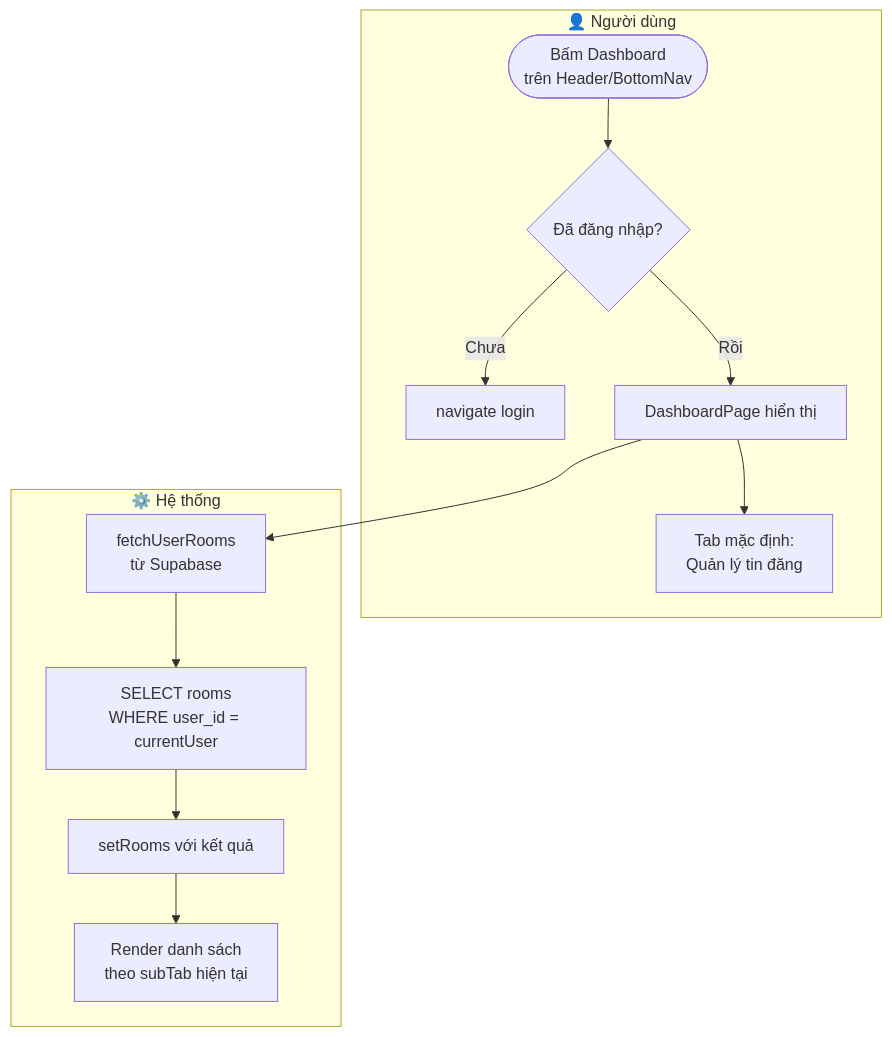
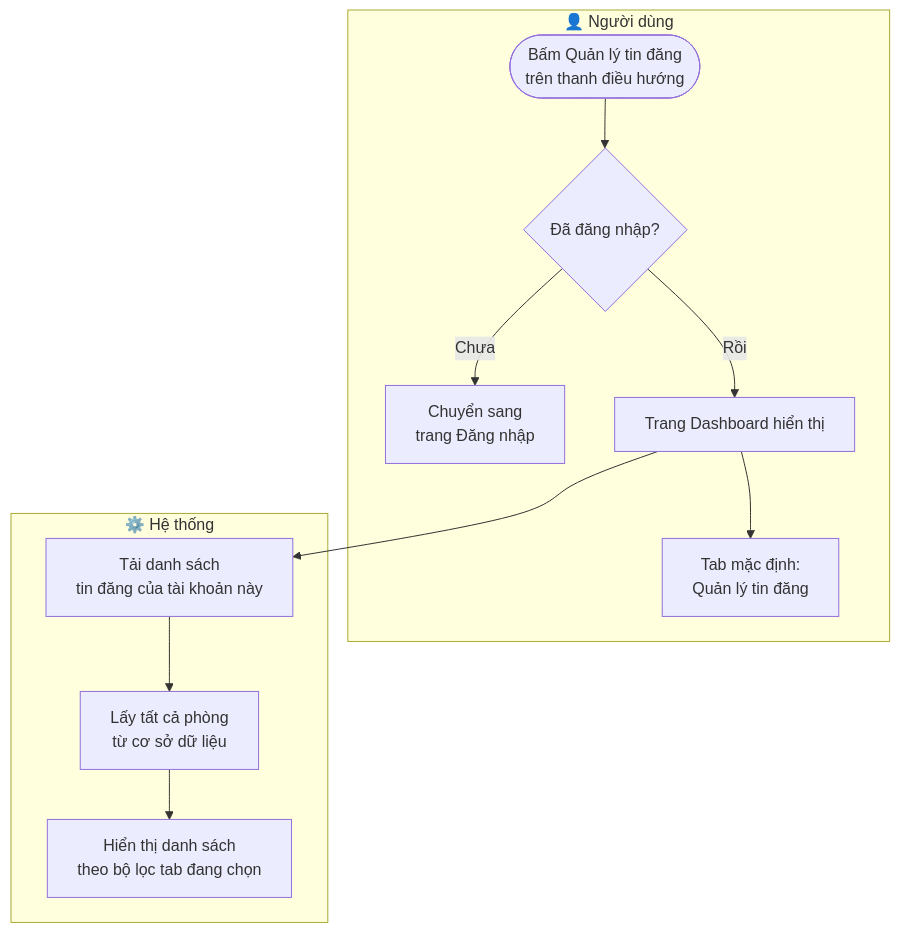
The first of 9 diagrams in prj_workflows/04_dashboard_workflow.md (natelyt12/trotot), drawn with Mermaid before and after one commit. The commit also changed other lines of this file and 5 other files, not shown here.

````diff
--- a/prj_workflows/04_dashboard_workflow.md
+++ b/prj_workflows/04_dashboard_workflow.md
@@ -11,16 +11,15 @@
 ```mermaid
 flowchart TD
     subgraph USER["👤 Người dùng"]
-        A([Bấm Dashboard\ntrên Header/BottomNav]) --> B{Đã đăng nhập?}
-        B -- Chưa --> C[navigate login]
-        B -- Rồi --> D[DashboardPage hiển thị]
+        A([Bấm Quản lý tin đăng\ntrên thanh điều hướng]) --> B{Đã đăng nhập?}
+        B -- Chưa --> C[Chuyển sang\ntrang Đăng nhập]
+        B -- Rồi --> D[Trang Dashboard hiển thị]
         D --> E[Tab mặc định:\nQuản lý tin đăng]
     end
 
     subgraph SYSTEM["⚙️ Hệ thống"]
-        D --> F[fetchUserRooms\ntừ Supabase]
-        F --> G[SELECT rooms\nWHERE user_id = currentUser]
-        G --> H[setRooms với kết quả]
-        H --> I[Render danh sách\ntheo subTab hiện tại]
+        D --> F[Tải danh sách\ntin đăng của tài khoản này]
+        F --> G[Lấy tất cả phòng\ntừ cơ sở dữ liệu]
+        G --> H[Hiển thị danh sách\ntheo bộ lọc tab đang chọn]
     end
 ```
````
